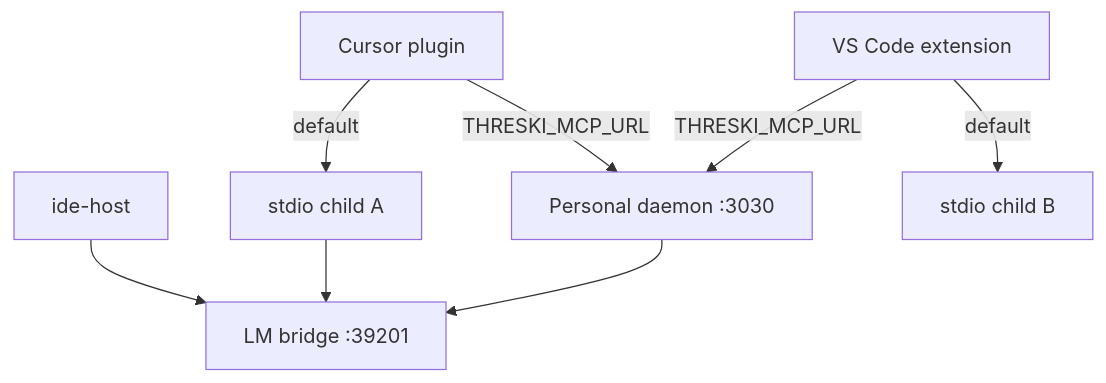
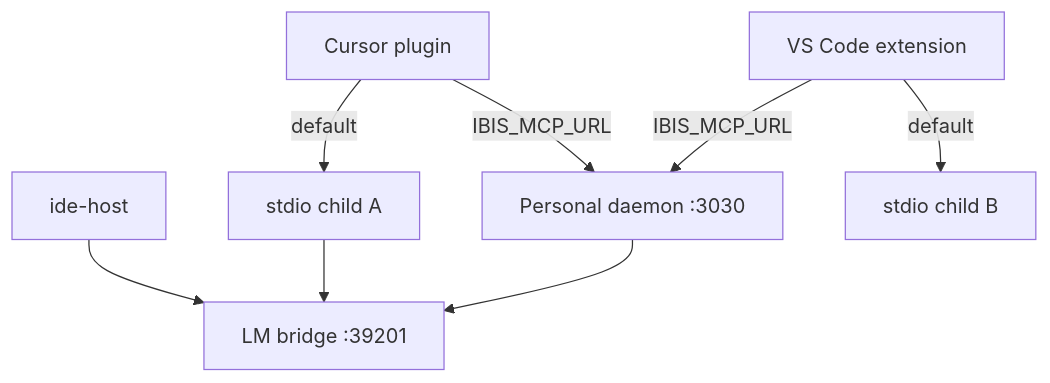
One commit to fatterdev/ibis-assistant changed the diagram in docs/ide_host_and_lm_bridge.md. Above: the diagram before and after it, drawn with Mermaid. The commit also changed other lines of this file and 26 other files, not shown here.

````diff
--- a/docs/ide_host_and_lm_bridge.md
+++ b/docs/ide_host_and_lm_bridge.md
@@ -21,17 +21,17 @@
 ```mermaid
 flowchart TB
   Cursor[Cursor plugin]
   VSCode[VS Code extension]
   Host[ide-host]
   Personal[Personal daemon :3030]
   ChildA[stdio child A]
   ChildB[stdio child B]
   Bridge[LM bridge :39201]
   Cursor -->|default| ChildA
   VSCode -->|default| ChildB
-  Cursor -->|THRESKI_MCP_URL| Personal
-  VSCode -->|THRESKI_MCP_URL| Personal
+  Cursor -->|IBIS_MCP_URL| Personal
+  VSCode -->|IBIS_MCP_URL| Personal
   Host --> Bridge
   ChildA --> Bridge
   Personal --> Bridge
 ```
````
